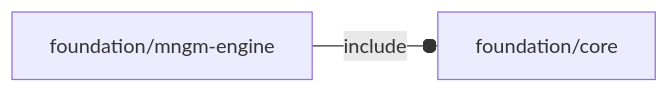
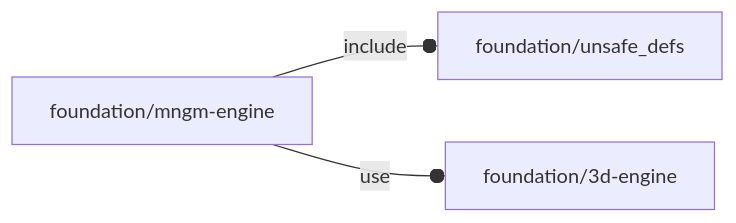
The diagram in orthodocs/foundation/mngm-engine.md (ggabbiani/OFL), drawn with Mermaid before and after one commit. The commit also changed other lines of this file and 13 other files, not shown here.

````diff
--- a/orthodocs/foundation/mngm-engine.md
+++ b/orthodocs/foundation/mngm-engine.md
@@ -5,4 +5,5 @@
 ```mermaid
 graph LR
-    A1[foundation/mngm-engine] --o|include| A2[foundation/core]
+    A1[foundation/mngm-engine] --o|include| A2[foundation/unsafe_defs]
+    A1 --o|use| A3[foundation/3d-engine]
 ```
````
